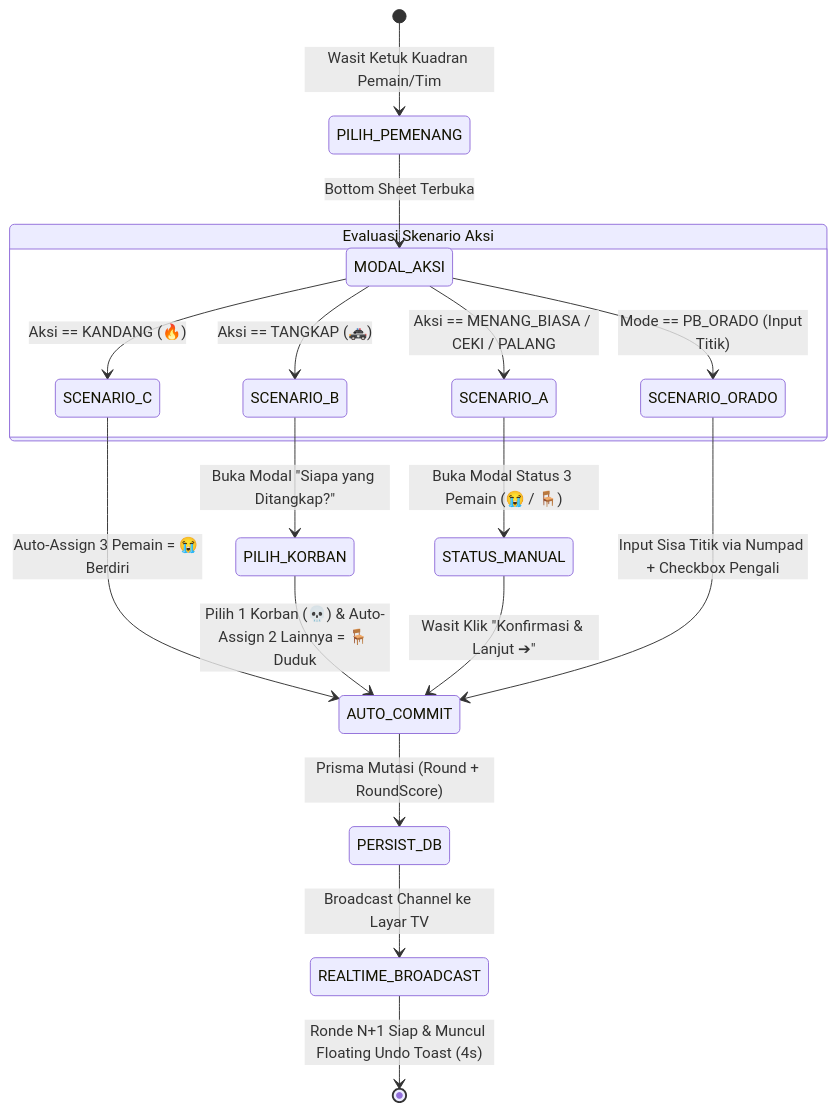
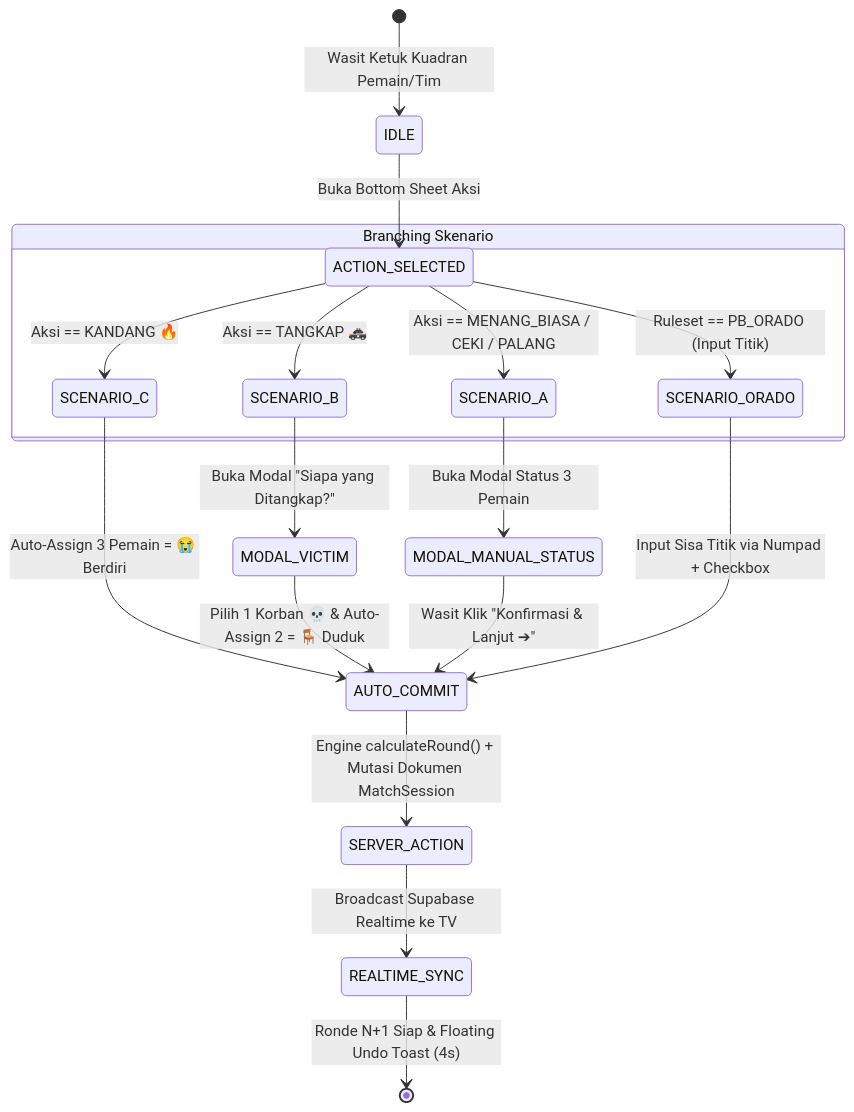
Before and after one commit to azwaranas23/siredom: the diagram in docs/PRD.md, drawn with Mermaid. The commit also changed other lines of this file and 45 other files, not shown here.

````diff
--- a/docs/PRD.md
+++ b/docs/PRD.md
@@ -81,23 +197,23 @@
 ```mermaid
 stateDiagram-v2
-    [*] --> PILIH_PEMENANG : Wasit Ketuk Kuadran Pemain/Tim
-    PILIH_PEMENANG --> MODAL_AKSI : Bottom Sheet Terbuka
+    [*] --> IDLE : Wasit Ketuk Kuadran Pemain/Tim
+    IDLE --> ACTION_SELECTED : Buka Bottom Sheet Aksi
 
-    state "Evaluasi Skenario Aksi" as EVAL {
-        MODAL_AKSI --> SCENARIO_C : Aksi == KANDANG (🔥)
-        MODAL_AKSI --> SCENARIO_B : Aksi == TANGKAP (🚓)
-        MODAL_AKSI --> SCENARIO_A : Aksi == MENANG_BIASA / CEKI / PALANG
-        MODAL_AKSI --> SCENARIO_ORADO : Mode == PB_ORADO (Input Titik)
+    state "Branching Skenario" as SCENARIOS {
+        ACTION_SELECTED --> SCENARIO_C : Aksi == KANDANG 🔥
+        ACTION_SELECTED --> SCENARIO_B : Aksi == TANGKAP 🚓
+        ACTION_SELECTED --> SCENARIO_A : Aksi == MENANG_BIASA / CEKI / PALANG
+        ACTION_SELECTED --> SCENARIO_ORADO : Ruleset == PB_ORADO (Input Titik)
     }
 
     SCENARIO_C --> AUTO_COMMIT : Auto-Assign 3 Pemain = 😭 Berdiri
-    SCENARIO_B --> PILIH_KORBAN : Buka Modal "Siapa yang Ditangkap?"
-    PILIH_KORBAN --> AUTO_COMMIT : Pilih 1 Korban (💀) & Auto-Assign 2 Lainnya = 🪑 Duduk
-    SCENARIO_A --> STATUS_MANUAL : Buka Modal Status 3 Pemain (😭 / 🪑)
-    STATUS_MANUAL --> AUTO_COMMIT : Wasit Klik "Konfirmasi & Lanjut ➔"
-    SCENARIO_ORADO --> AUTO_COMMIT : Input Sisa Titik via Numpad + Checkbox Pengali
+    SCENARIO_B --> MODAL_VICTIM : Buka Modal "Siapa yang Ditangkap?"
+    MODAL_VICTIM --> AUTO_COMMIT : Pilih 1 Korban 💀 & Auto-Assign 2 = 🪑 Duduk
+    SCENARIO_A --> MODAL_MANUAL_STATUS : Buka Modal Status 3 Pemain
+    MODAL_MANUAL_STATUS --> AUTO_COMMIT : Wasit Klik "Konfirmasi & Lanjut ➔"
+    SCENARIO_ORADO --> AUTO_COMMIT : Input Sisa Titik via Numpad + Checkbox
 
-    AUTO_COMMIT --> PERSIST_DB : Prisma Mutasi (Round + RoundScore)
-    PERSIST_DB --> REALTIME_BROADCAST : Broadcast Channel ke Layar TV
-    REALTIME_BROADCAST --> [*] : Ronde N+1 Siap & Muncul Floating Undo Toast (4s)
+    AUTO_COMMIT --> SERVER_ACTION : Engine calculateRound() + Mutasi Dokumen MatchSession
+    SERVER_ACTION --> REALTIME_SYNC : Broadcast Supabase Realtime ke TV
+    REALTIME_SYNC --> [*] : Ronde N+1 Siap & Floating Undo Toast (4s)
 ```
````
